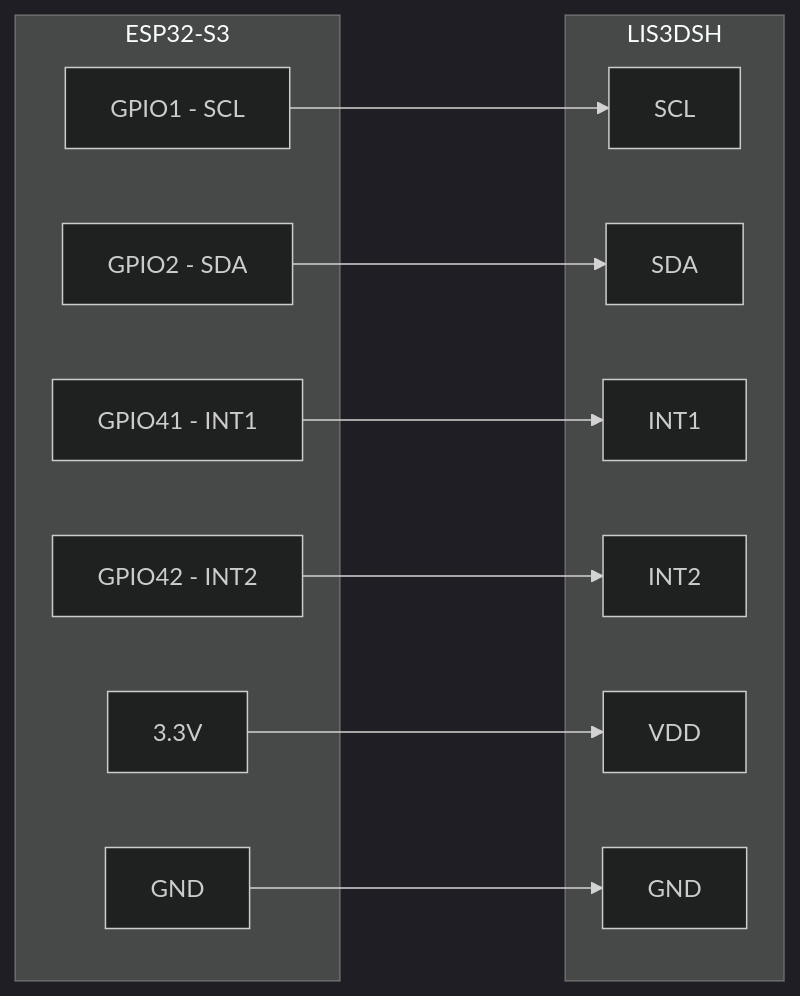
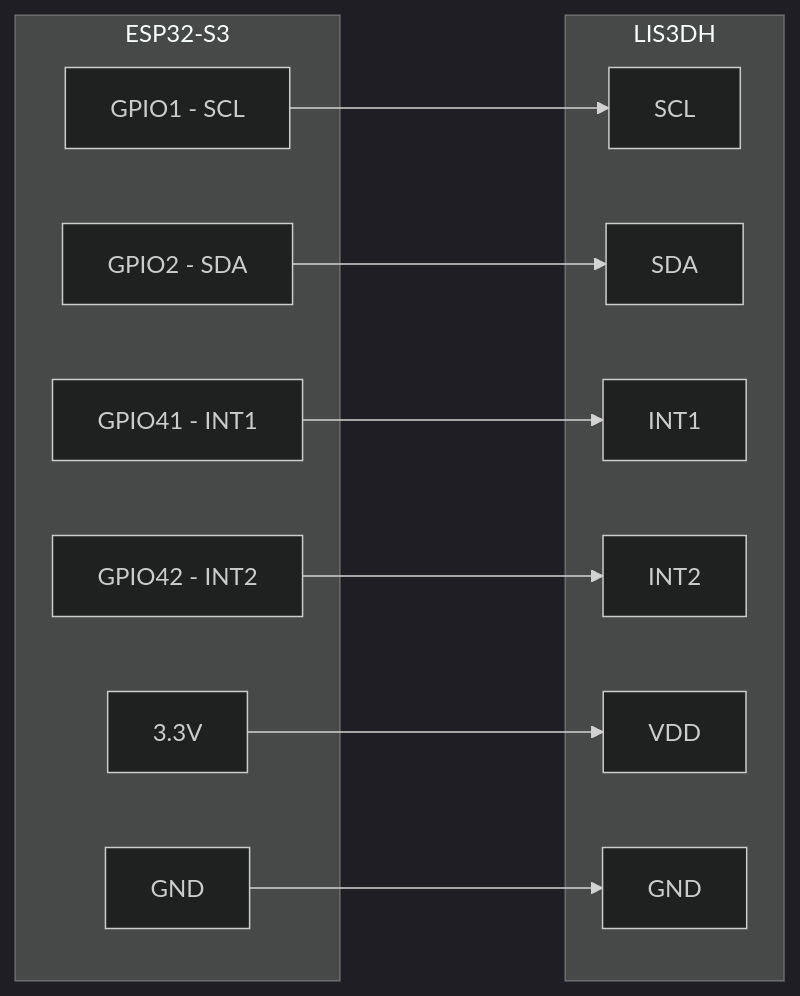
The diagram in resources/reports/thesis/final/assets/uml/03-chuong-3-giai-phap-phan-cung-hinh-3-3a.mmd (anmh1205/IoT_Vehicle_Tracking_System), drawn with Mermaid (dark theme) before and after one commit. The commit also changed 219 other files, not shown here.

```diff
--- a/resources/reports/thesis/final/assets/uml/03-chuong-3-giai-phap-phan-cung-hinh-3-3a.mmd
+++ b/resources/reports/thesis/final/assets/uml/03-chuong-3-giai-phap-phan-cung-hinh-3-3a.mmd
@@ -1,25 +1,25 @@
 flowchart LR
     subgraph MCU["ESP32-S3"]
         SCL["GPIO1 - SCL"]
         SDA["GPIO2 - SDA"]
         INT1["GPIO41 - INT1"]
         INT2["GPIO42 - INT2"]
         VCC["3.3V"]
         GND["GND"]
     end
 
-    subgraph IMU["LIS3DSH"]
+    subgraph IMU["LIS3DH"]
         I2CSCL["SCL"]
         I2CSDA["SDA"]
         I2CINT1["INT1"]
         I2CINT2["INT2"]
         IVCC["VDD"]
         IGND["GND"]
     end
 
     SCL ----> I2CSCL
     SDA ----> I2CSDA
     INT1 ----> I2CINT1
     INT2 ----> I2CINT2
     VCC --> IVCC
     GND --> IGND
```
